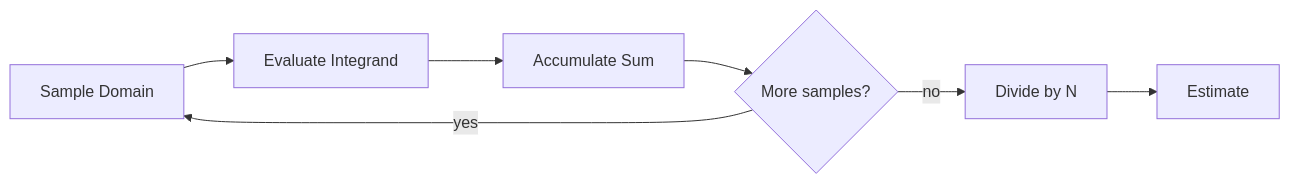
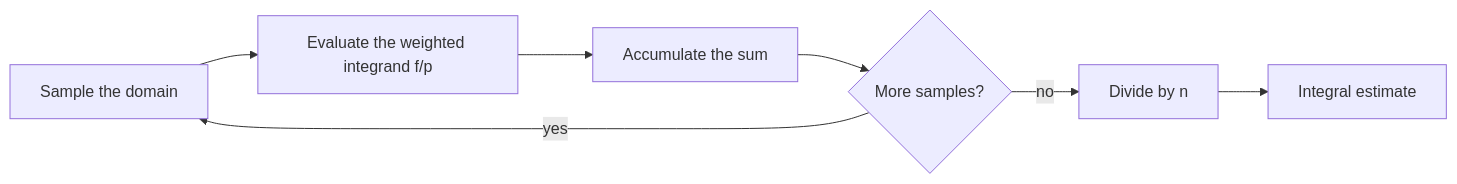
One commit to whyyoudodisjojo/pbrt-wgpu changed the first of 10 diagrams in chapters/02-monte-carlo-integration.md. Above: the diagram before and after it, drawn with Mermaid. The commit also changed other lines of this file and 15 other files, not shown here.

````diff
--- a/chapters/02-monte-carlo-integration.md
+++ b/chapters/02-monte-carlo-integration.md
@@ -5,9 +32,9 @@
 ```mermaid
 flowchart LR
-    A[Sample Domain] --> B[Evaluate Integrand]
-    B --> C[Accumulate Sum]
+    A[Sample the domain] --> B[Evaluate the weighted integrand f/p]
+    B --> C[Accumulate the sum]
     C --> D{More samples?}
     D -- yes --> A
-    D -- no --> E[Divide by N]
-    E --> F[Estimate]
+    D -- no --> E[Divide by n]
+    E --> F[Integral estimate]
 ```
````
